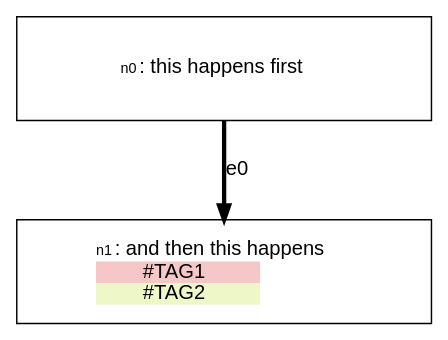
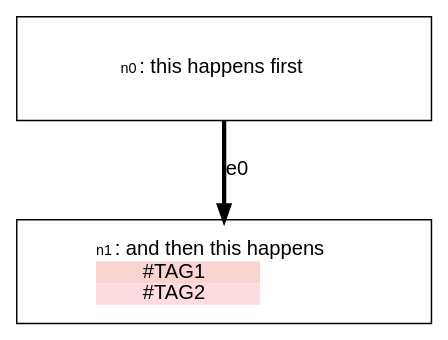
One commit to stevecooperorg/microdot changed the diagram in examples/readme_example_1.dot. Above: the diagram before and after it, drawn with Graphviz. The commit also changed 15 other files, not shown here.

```diff
--- a/examples/readme_example_1.dot
+++ b/examples/readme_example_1.dot
@@ -1,34 +1,34 @@
 digraph {
 
     graph [fontname = "helvetica" rankdir="TB" ranksep=0.75 nodesep=0.5];
     node [fontname = "helvetica" shape = "box" width=2.5 style=filled];
     edge [fontname = "helvetica" penwidth=3 color="#000000"];
 
     n0 [width=4 height=1 label=< <TABLE BORDER="0" CELLPADDING="0" CELLSPACING="0">
     <TR>
         <TD COLSPAN="1"><FONT POINT-SIZE="10">n0</FONT>: this happens first</TD>
     </TR>
     
    </TABLE>
 > fillcolor="#FFFFFF"]
     n1 [width=4 height=1 label=< <TABLE BORDER="0" CELLPADDING="0" CELLSPACING="0">
     <TR>
         <TD COLSPAN="2"><FONT POINT-SIZE="10">n1</FONT>: and then this happens</TD>
     </TR>
     
         
            <TR>
-<TD BGCOLOR="#F7C7C7"><FONT COLOR="#000000">#TAG1</FONT></TD>
+<TD BGCOLOR="#F9D4D0"><FONT COLOR="#000000">#TAG1</FONT></TD>
 </TR>
         
            <TR>
-<TD BGCOLOR="#EDF7C7"><FONT COLOR="#000000">#TAG2</FONT></TD>
+<TD BGCOLOR="#FCDBE1"><FONT COLOR="#000000">#TAG2</FONT></TD>
 </TR>
         
     
    </TABLE>
 > fillcolor="#FFFFFF"]
 
     "n0" -> "n1" [label="e0"];
 
 }
```
